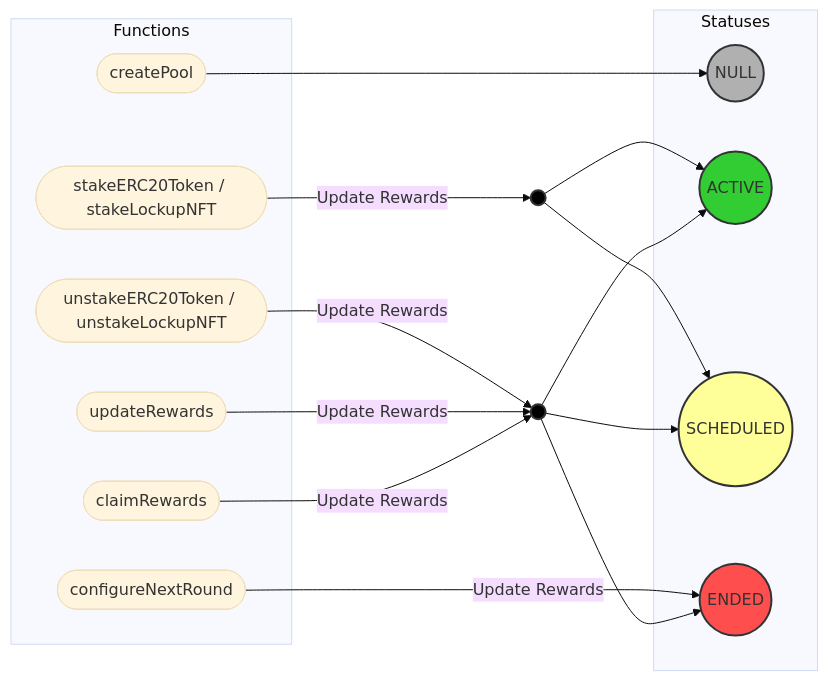
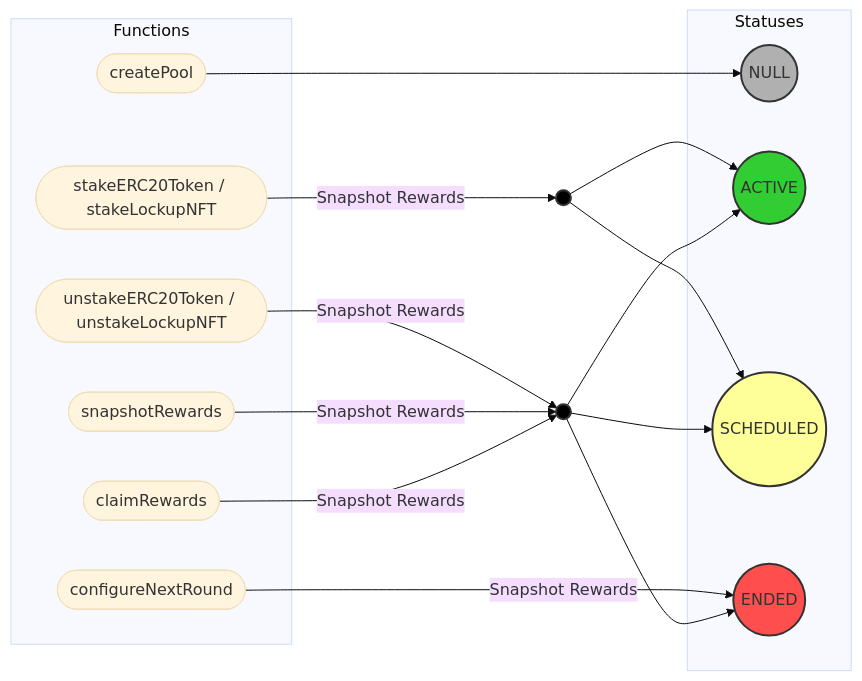
One commit to sablier-labs/staking changed the second of 2 diagrams in ARCHITECTURE.md. Above: the diagram before and after it, drawn with Mermaid (base theme).

Commit message:
docs: say snapshot instead of update

````diff
--- a/ARCHITECTURE.md
+++ b/ARCHITECTURE.md
@@ -133,42 +133,42 @@
 ```mermaid
 flowchart LR
     subgraph Statuses
         NULL((NULL)):::grey
         ACTIVE((ACTIVE)):::green
         SCHEDULED((SCHEDULED)):::yellow
         ENDED((ENDED)):::red
     end
 
     subgraph Functions
         CLAIM_REWARDS([claimRewards])
         CONFIGURE([configureNextRound])
         CREATE([createPool])
-        SNAPSHOT([updateRewards])
+        SNAPSHOT([snapshotRewards])
         STAKE([stakeERC20Token / stakeLockupNFT])
         UNSTAKE([unstakeERC20Token / unstakeLockupNFT])
     end
 
     ALL((  )):::black
     AS((  )):::black
 
     classDef black fill:#000000,stroke:#333,stroke-width:2px;
     classDef green fill:#32cd32,stroke:#333,stroke-width:2px;
     classDef grey fill:#b0b0b0,stroke:#333,stroke-width:2px;
     classDef yellow fill:#ffff99,stroke:#333,stroke-width:2px;
     classDef red fill:#ff4e4e,stroke:#333,stroke-width:2px;
 
     ALL --> ACTIVE & SCHEDULED & ENDED
     AS --> ACTIVE & SCHEDULED
 
     CREATE  --> NULL
 
-    CONFIGURE -- "Update Rewards" -->  ENDED
+    CONFIGURE -- "Snapshot Rewards" -->  ENDED
 
-    CLAIM_REWARDS -- "Update Rewards" -->  ALL
+    CLAIM_REWARDS -- "Snapshot Rewards" -->  ALL
 
-    SNAPSHOT -- "Update Rewards" -->  ALL
+    SNAPSHOT -- "Snapshot Rewards" -->  ALL
 
-    STAKE -- "Update Rewards" -->  AS
+    STAKE -- "Snapshot Rewards" -->  AS
 
-    UNSTAKE -- "Update Rewards" -->  ALL
+    UNSTAKE -- "Snapshot Rewards" -->  ALL
 ```
````
